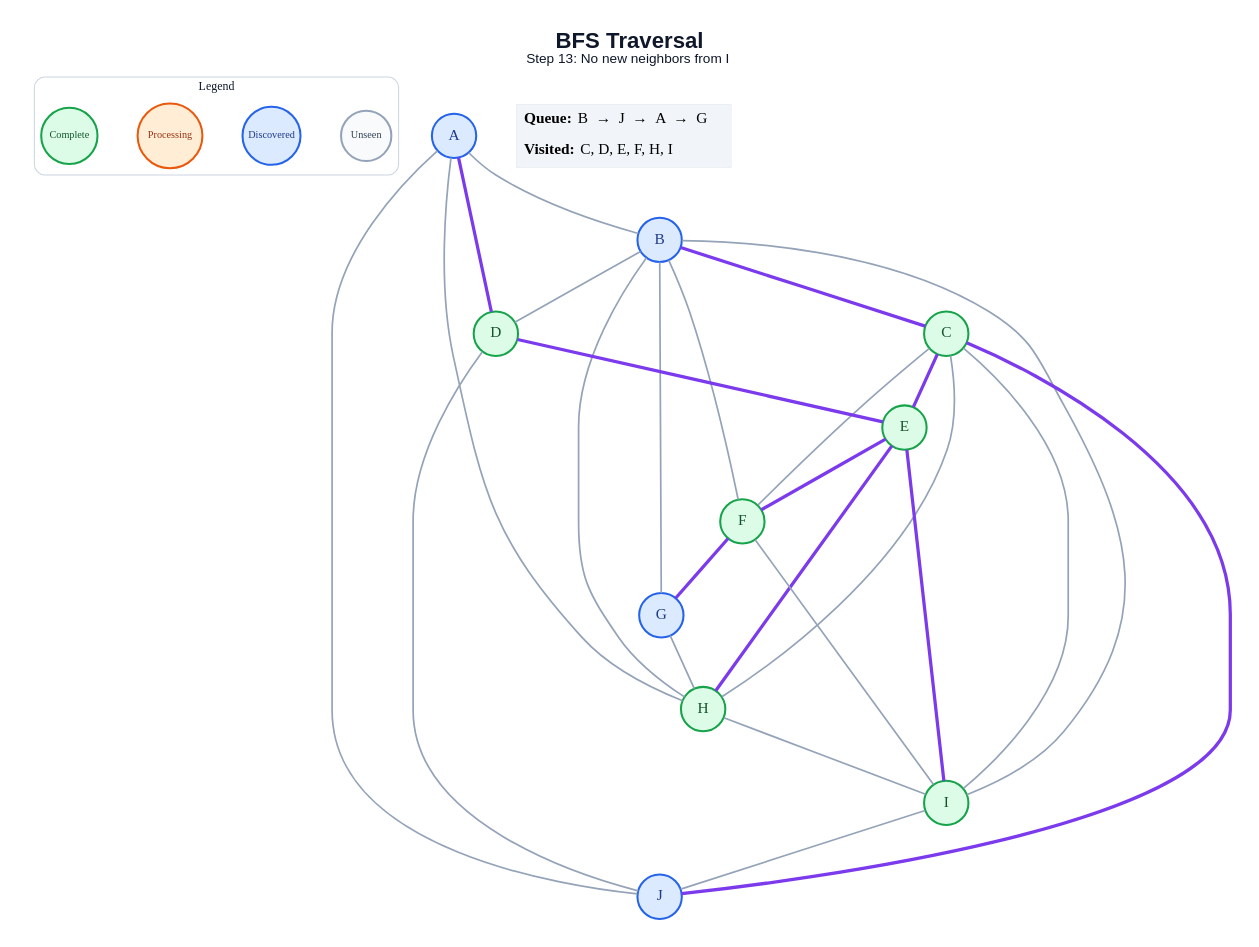
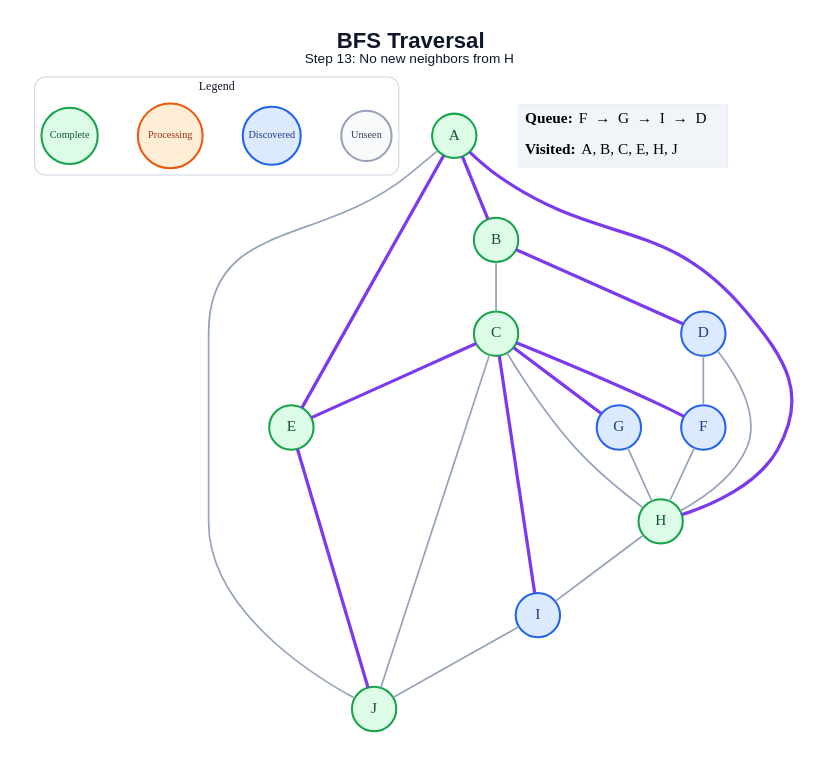
One commit to amanghodawala9/ai-slop changed the diagram in generated/specific-node/bfs/step_13.dot. Above: the diagram before and after it, drawn with Graphviz. The commit also changed 178 other files, not shown here.

```diff
--- a/generated/specific-node/bfs/step_13.dot
+++ b/generated/specific-node/bfs/step_13.dot
@@ -1,54 +1,48 @@
 graph traversal {
   graph [layout=dot, rankdir=TB, bgcolor="#FFFFFF", pad="0.35", nodesep="0.65", ranksep="0.8", fontname="Arial"];
   node [shape=circle, style="filled", fontname="Arial Bold", fontsize=18, width=0.72, fixedsize=true, penwidth=2.4];
   edge [color="#94A3B8", penwidth=2.0];
-  label=<<B>BFS Traversal</B><BR/><FONT POINT-SIZE="16">Step 13: No new neighbors from I</FONT>>; labelloc="t"; fontsize=26; fontname="Arial"; fontcolor="#0F172A";
+  label=<<B>BFS Traversal</B><BR/><FONT POINT-SIZE="16">Step 13: No new neighbors from H</FONT>>; labelloc="t"; fontsize=26; fontname="Arial"; fontcolor="#0F172A";
   subgraph cluster_legend { label="Legend"; color="#CBD5E1"; penwidth=1.2; style="rounded"; fontsize=14; fontname="Arial Bold";
     key_unseen [label="Unseen", fillcolor="#F8FAFC", color="#94A3B8", fontcolor="#334155", fontsize=12, width=0.82];
     key_frontier [label="Discovered", fillcolor="#DBEAFE", color="#2563EB", fontcolor="#1E3A8A", fontsize=12, width=0.95];
     key_current [label="Processing", fillcolor="#FFEDD5", color="#EA580C", fontcolor="#9A3412", fontsize=12, width=1.05];
     key_done [label="Complete", fillcolor="#DCFCE7", color="#16A34A", fontcolor="#14532D", fontsize=12, width=0.92];
     { rank=same; key_unseen; key_frontier; key_current; key_done; }
   }
-  A [fillcolor="#DBEAFE", color="#2563EB", fontcolor="#1E3A8A"];
-  B [fillcolor="#DBEAFE", color="#2563EB", fontcolor="#1E3A8A"];
+  A [fillcolor="#DCFCE7", color="#16A34A", fontcolor="#14532D"];
+  B [fillcolor="#DCFCE7", color="#16A34A", fontcolor="#14532D"];
   C [fillcolor="#DCFCE7", color="#16A34A", fontcolor="#14532D"];
-  D [fillcolor="#DCFCE7", color="#16A34A", fontcolor="#14532D"];
+  D [fillcolor="#DBEAFE", color="#2563EB", fontcolor="#1E3A8A"];
   E [fillcolor="#DCFCE7", color="#16A34A", fontcolor="#14532D"];
-  F [fillcolor="#DCFCE7", color="#16A34A", fontcolor="#14532D"];
+  F [fillcolor="#DBEAFE", color="#2563EB", fontcolor="#1E3A8A"];
   G [fillcolor="#DBEAFE", color="#2563EB", fontcolor="#1E3A8A"];
   H [fillcolor="#DCFCE7", color="#16A34A", fontcolor="#14532D"];
-  I [fillcolor="#DCFCE7", color="#16A34A", fontcolor="#14532D"];
-  J [fillcolor="#DBEAFE", color="#2563EB", fontcolor="#1E3A8A"];
-  A -- B;
-  A -- D [color="#7C3AED", penwidth=3.8];
-  A -- H;
+  I [fillcolor="#DBEAFE", color="#2563EB", fontcolor="#1E3A8A"];
+  J [fillcolor="#DCFCE7", color="#16A34A", fontcolor="#14532D"];
+  A -- B [color="#7C3AED", penwidth=3.8];
+  A -- E [color="#7C3AED", penwidth=3.8];
+  A -- H [color="#7C3AED", penwidth=3.8];
   A -- J;
-  B -- C [color="#7C3AED", penwidth=3.8];
-  B -- D;
-  B -- F;
-  B -- G;
-  B -- H;
-  B -- I;
+  B -- C;
+  B -- D [color="#7C3AED", penwidth=3.8];
   C -- E [color="#7C3AED", penwidth=3.8];
-  C -- F;
+  C -- F [color="#7C3AED", penwidth=3.8];
+  C -- G [color="#7C3AED", penwidth=3.8];
   C -- H;
-  C -- I;
-  C -- J [color="#7C3AED", penwidth=3.8];
-  D -- E [color="#7C3AED", penwidth=3.8];
-  D -- J;
-  E -- F [color="#7C3AED", penwidth=3.8];
-  E -- H [color="#7C3AED", penwidth=3.8];
-  E -- I [color="#7C3AED", penwidth=3.8];
-  F -- G [color="#7C3AED", penwidth=3.8];
-  F -- I;
+  C -- I [color="#7C3AED", penwidth=3.8];
+  C -- J;
+  D -- F;
+  D -- H;
+  E -- J [color="#7C3AED", penwidth=3.8];
+  F -- H;
   G -- H;
   H -- I;
   I -- J;
   status [shape=plain, fixedsize=false, width=0, height=0, margin=0, label=<
     <TABLE BORDER="0" CELLBORDER="0" CELLPADDING="7" BGCOLOR="#F1F5F9">
-      <TR><TD ALIGN="LEFT"><B>Queue:</B> B  →  J  →  A  →  G</TD></TR>
-      <TR><TD ALIGN="LEFT"><B>Visited:</B> C, D, E, F, H, I</TD></TR>
+      <TR><TD ALIGN="LEFT"><B>Queue:</B> F  →  G  →  I  →  D</TD></TR>
+      <TR><TD ALIGN="LEFT"><B>Visited:</B> A, B, C, E, H, J</TD></TR>
     </TABLE>
   >];
 }
```
